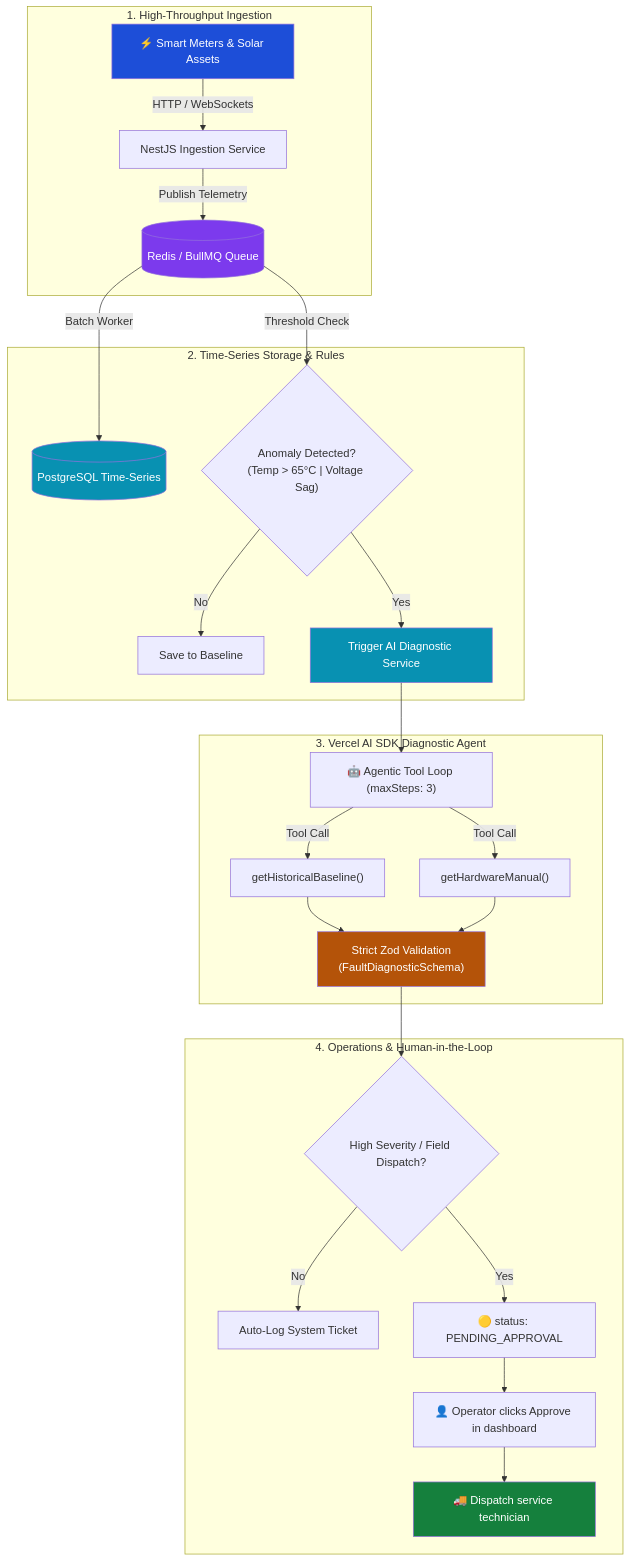
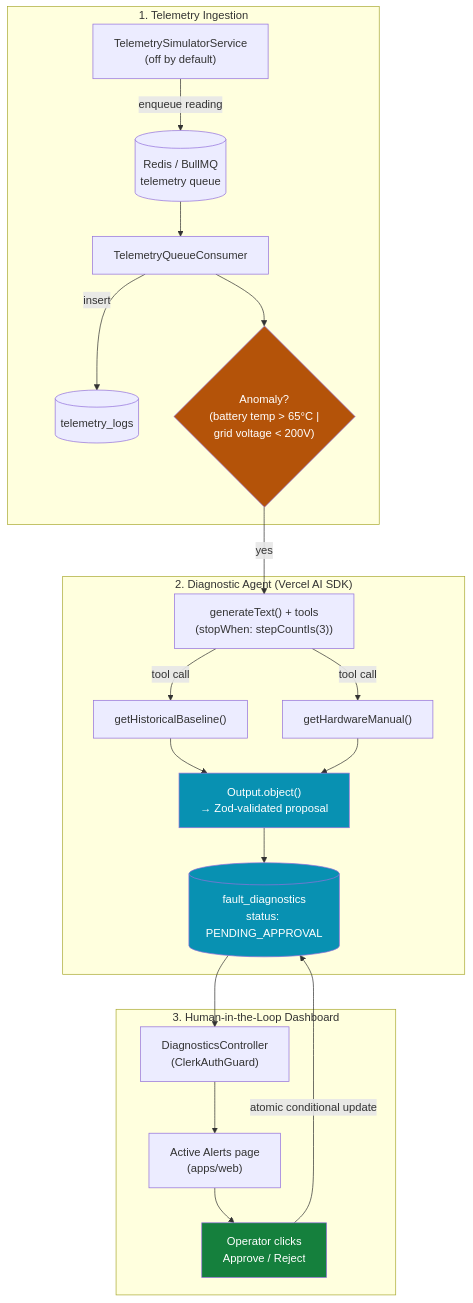
One commit to m-ahmedbashir/gridstream-agent changed the second of 2 diagrams in README.md. Above: the diagram before and after it, drawn with Mermaid. The commit also changed other lines of this file and 25 other files, not shown here.

````diff
--- a/README.md
+++ b/README.md
@@ -93,36 +100,29 @@
 ```mermaid
 flowchart TD
-    subgraph Ingestion ["1. High-Throughput Ingestion"]
-        A["⚡ Smart Meters & Solar Assets"] -->|HTTP / WebSockets| B["NestJS Ingestion Service"]
-        B -->|Publish Telemetry| C[("Redis / BullMQ Queue")]
+    subgraph Ingestion ["1. Telemetry Ingestion"]
+        SIM["TelemetrySimulatorService<br/>(off by default)"] -->|enqueue reading| Q[("Redis / BullMQ<br/>telemetry queue")]
+        Q --> CONSUMER["TelemetryQueueConsumer"]
+        CONSUMER -->|insert| TL[("telemetry_logs")]
+        CONSUMER --> THRESH{"Anomaly?<br/>(battery temp > 65°C |<br/>grid voltage < 200V)"}
     end
 
-    subgraph Processing ["2. Time-Series Storage & Rules"]
-        C -->|Batch Worker| D[("PostgreSQL Time-Series")]
-        C -->|Threshold Check| E{"Anomaly Detected?<br/>(Temp > 65°C | Voltage Sag)"}
-        E -->|No| F["Save to Baseline"]
-        E -->|Yes| G["Trigger AI Diagnostic Service"]
+    subgraph AgenticAI ["2. Diagnostic Agent (Vercel AI SDK)"]
+        THRESH -->|yes| AGENT["generateText() + tools<br/>(stopWhen: stepCountIs(3))"]
+        AGENT -->|tool call| BASELINE["getHistoricalBaseline()"]
+        AGENT -->|tool call| MANUAL["getHardwareManual()"]
+        BASELINE & MANUAL --> OUTPUT["Output.object()<br/>→ Zod-validated proposal"]
+        OUTPUT --> FD[("fault_diagnostics<br/>status: PENDING_APPROVAL")]
     end
 
-    subgraph AgenticAI ["3. Vercel AI SDK Diagnostic Agent"]
-        G --> H["🤖 Agentic Tool Loop (maxSteps: 3)"]
-        H -->|Tool Call| I["getHistoricalBaseline()"]
-        H -->|Tool Call| J["getHardwareManual()"]
-        I & J --> K["Strict Zod Validation<br/>(FaultDiagnosticSchema)"]
+    subgraph HITL ["3. Human-in-the-Loop Dashboard"]
+        FD --> API["DiagnosticsController<br/>(ClerkAuthGuard)"]
+        API --> ALERTS["Active Alerts page<br/>(apps/web)"]
+        ALERTS --> DECISION["Operator clicks<br/>Approve / Reject"]
+        DECISION -->|atomic conditional update| FD
     end
 
-    subgraph HITL ["4. Operations & Human-in-the-Loop"]
-        K --> L{"High Severity / Field Dispatch?"}
-        L -->|No| M["Auto-Log System Ticket"]
-        L -->|Yes| N["🟡 status: PENDING_APPROVAL"]
-        N --> O["👤 Operator clicks Approve in dashboard"]
-        O --> P["🚚 Dispatch service technician"]
-    end
-
-    style A fill:#1d4ed8,color:#fff
-    style C fill:#7c3aed,color:#fff
-    style D fill:#0891b2,color:#fff
-    style G fill:#0891b2,color:#fff
-    style K fill:#b45309,color:#fff
-    style P fill:#15803d,color:#fff
+    style THRESH fill:#b45309,color:#fff
+    style OUTPUT fill:#0891b2,color:#fff
+    style FD fill:#0891b2,color:#fff
+    style DECISION fill:#15803d,color:#fff
 ```
````
